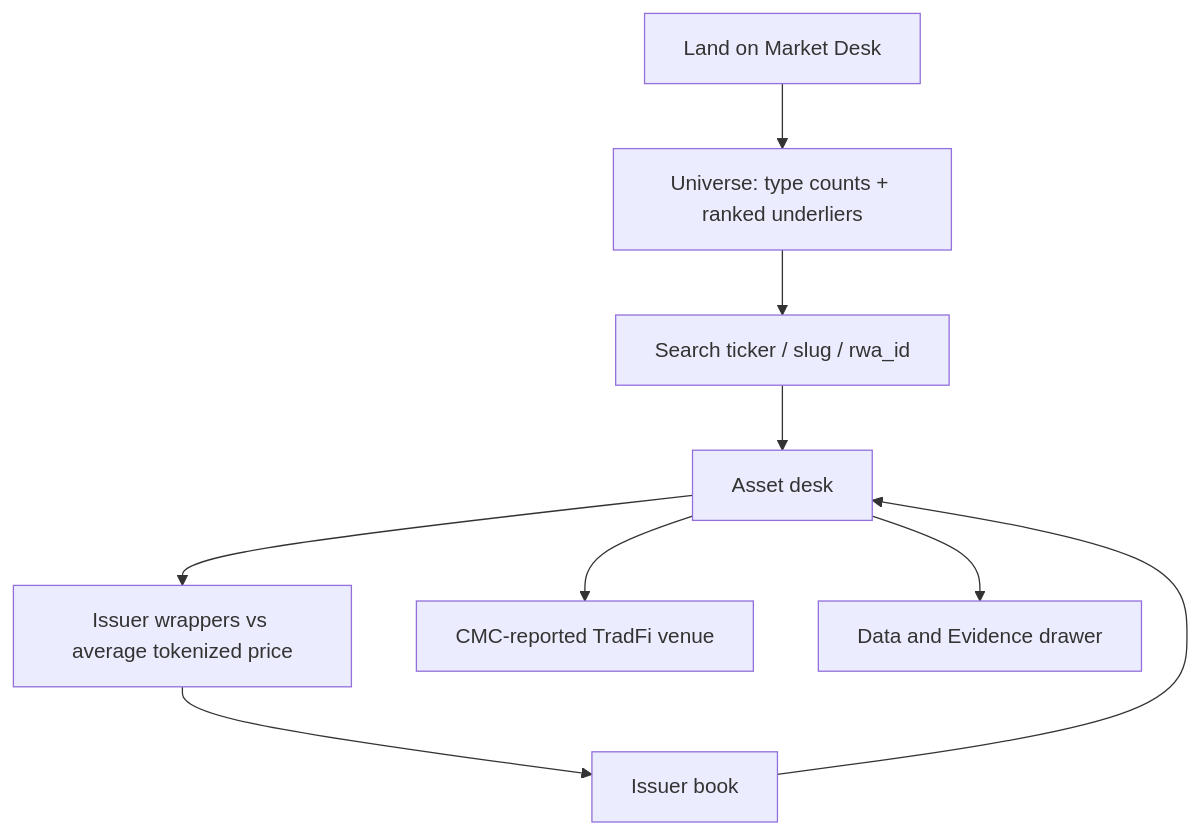
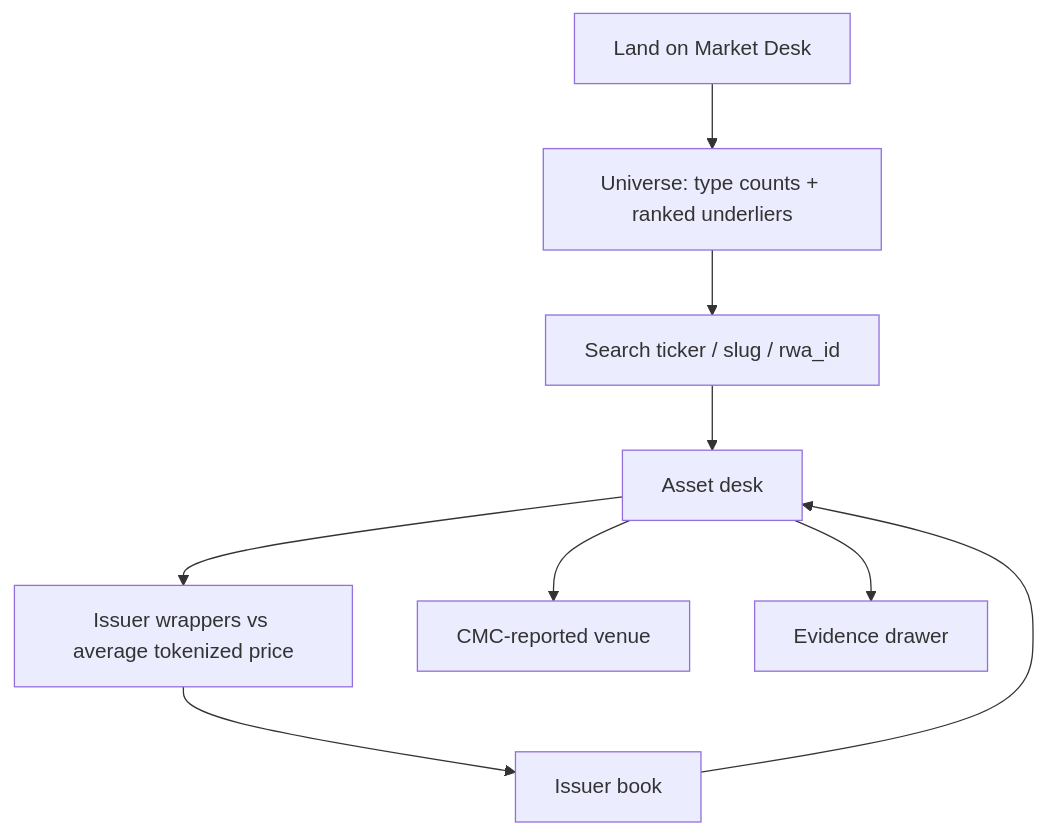
The second of 2 diagrams in README.md (PinnacleCryptNG/cmc-pulse), drawn with Mermaid before and after one commit. The commit also changed other lines of this file and 20 other files, not shown here.

````diff
--- a/README.md
+++ b/README.md
@@ -92,11 +92,11 @@
 ```mermaid
 flowchart TD
   A[Land on Market Desk] --> B[Universe: type counts + ranked underliers]
   B --> C[Search ticker / slug / rwa_id]
   C --> D[Asset desk]
   D --> E[Issuer wrappers vs average tokenized price]
-  D --> F[CMC-reported TradFi venue]
+  D --> F[CMC-reported venue]
   E --> G[Issuer book]
   G --> D
-  D --> H[Data and Evidence drawer]
+  D --> H[Evidence drawer]
 ```
````
